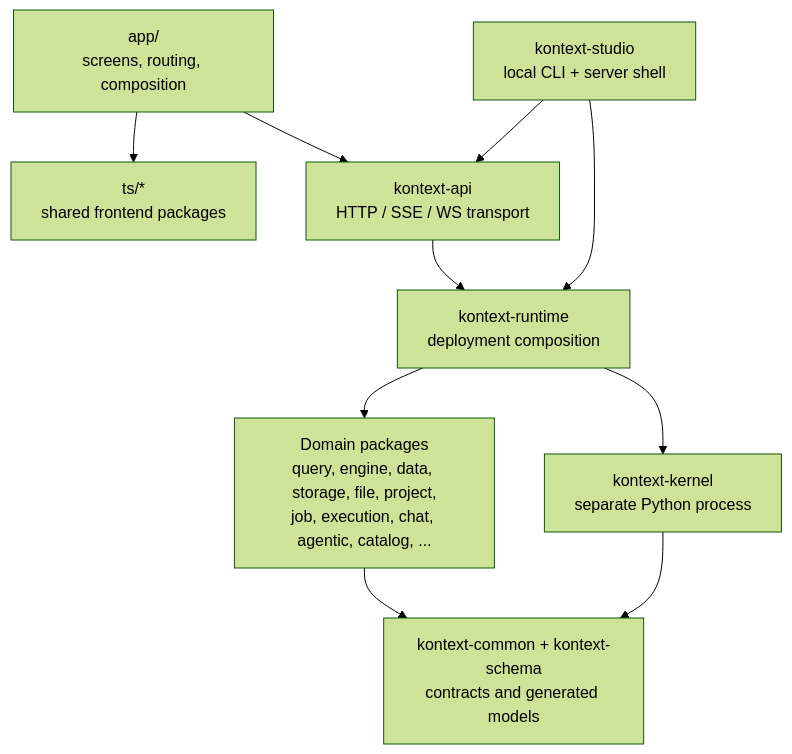
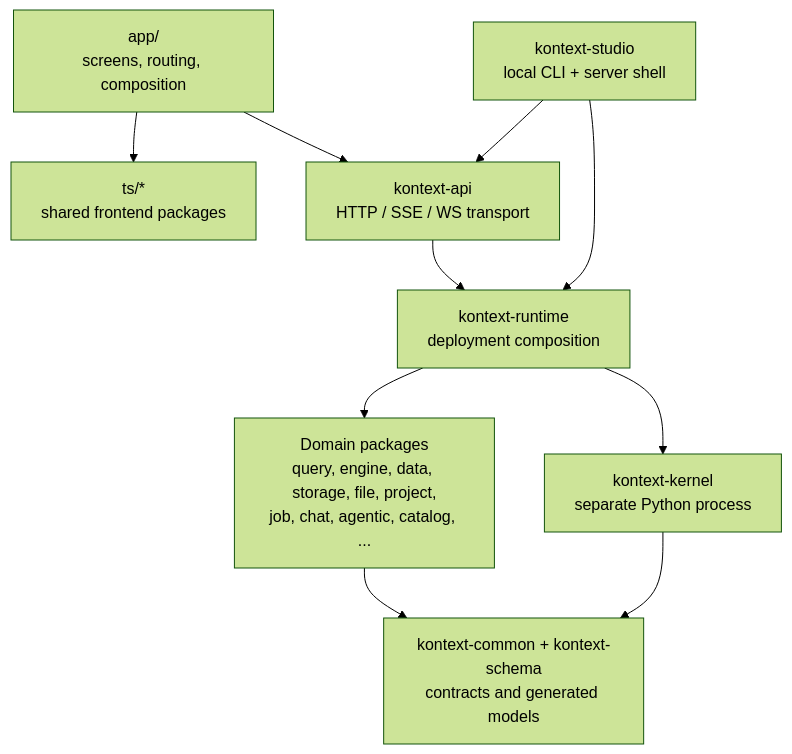
Before and after one commit to kontext-tech/kontext-studio: the second of 2 diagrams in docs/development/architecture.md, drawn with Mermaid (forest theme). The commit also changed other lines of this file and 182 other files, not shown here.

````diff
--- a/docs/development/architecture.md
+++ b/docs/development/architecture.md
@@ -25,21 +25,21 @@
 ```mermaid
 flowchart TB
     App["app/<br/>screens, routing, composition"]
     TS["ts/*<br/>shared frontend packages"]
     API["kontext-api<br/>HTTP / SSE / WS transport"]
     Labs["kontext-studio<br/>local CLI + server shell"]
     Runtime["kontext-runtime<br/>deployment composition"]
-    Domain["Domain packages<br/>query, engine, data, storage, file, project,<br/>job, execution, chat, agentic, catalog, ..."]
+    Domain["Domain packages<br/>query, engine, data, storage, file, project,<br/>job, chat, agentic, catalog, ..."]
     Contracts["kontext-common + kontext-schema<br/>contracts and generated models"]
     Kernel["kontext-kernel<br/>separate Python process"]
 
     App --> TS
     App --> API
     Labs --> API
     Labs --> Runtime
     API --> Runtime
     Runtime --> Domain
     Domain --> Contracts
     Runtime --> Kernel
     Kernel --> Contracts
 ```
````
